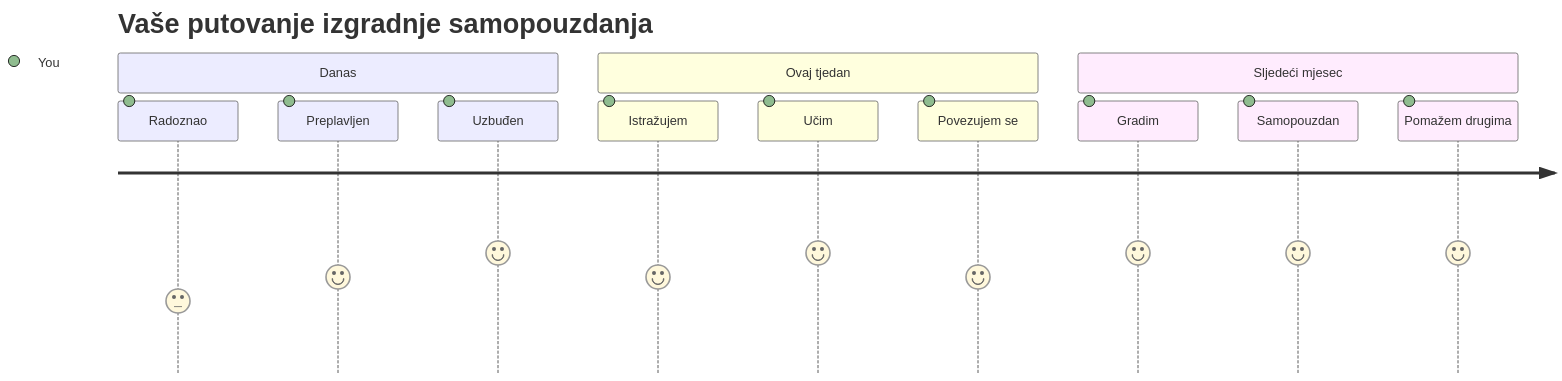
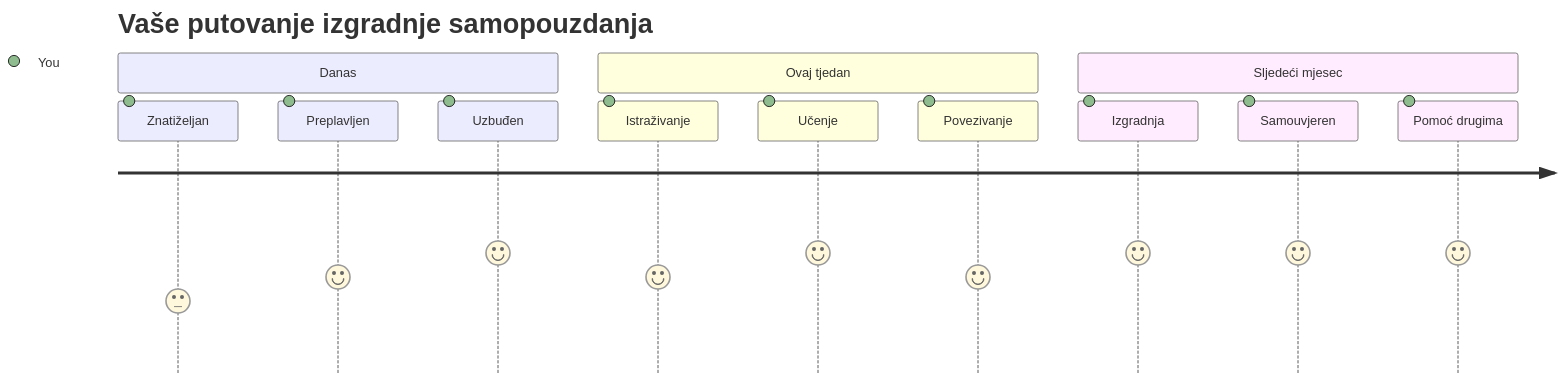
The seventh of 7 diagrams in translations/hr/1-getting-started-lessons/1-intro-to-programming-languages/README.md (microsoft/Web-Dev-For-Beginners), drawn with Mermaid before and after one commit. The commit also changed other lines of this file and 8 other files, not shown here.

````diff
--- a/translations/hr/1-getting-started-lessons/1-intro-to-programming-languages/README.md
+++ b/translations/hr/1-getting-started-lessons/1-intro-to-programming-languages/README.md
@@ -833,16 +831,16 @@
 ```mermaid
 journey
     title Vaše putovanje izgradnje samopouzdanja
     section Danas
-      Radoznao: 3: You
+      Znatiželjan: 3: You
       Preplavljen: 4: You
       Uzbuđen: 5: You
     section Ovaj tjedan
-      Istražujem: 4: You
-      Učim: 5: You
-      Povezujem se: 4: You
+      Istraživanje: 4: You
+      Učenje: 5: You
+      Povezivanje: 4: You
     section Sljedeći mjesec
-      Gradim: 5: You
-      Samopouzdan: 5: You
-      Pomažem drugima: 5: You
+      Izgradnja: 5: You
+      Samouvjeren: 5: You
+      Pomoć drugima: 5: You
 ```
````
